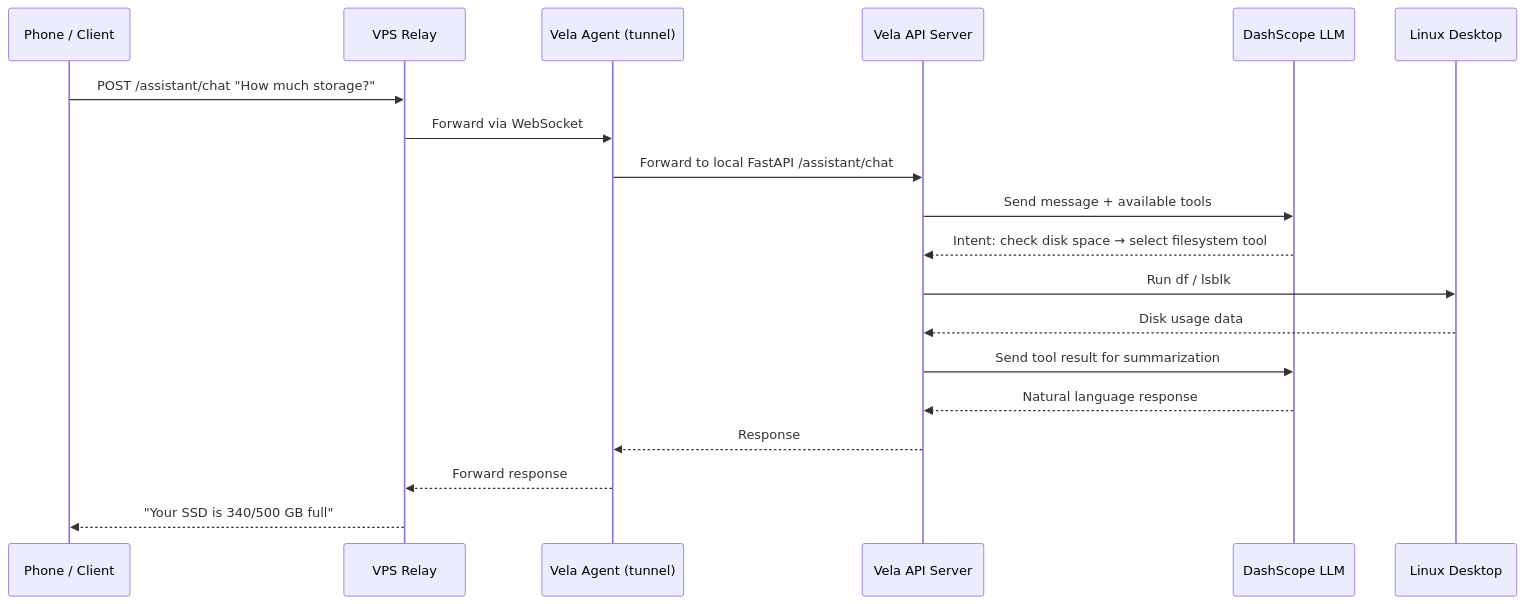
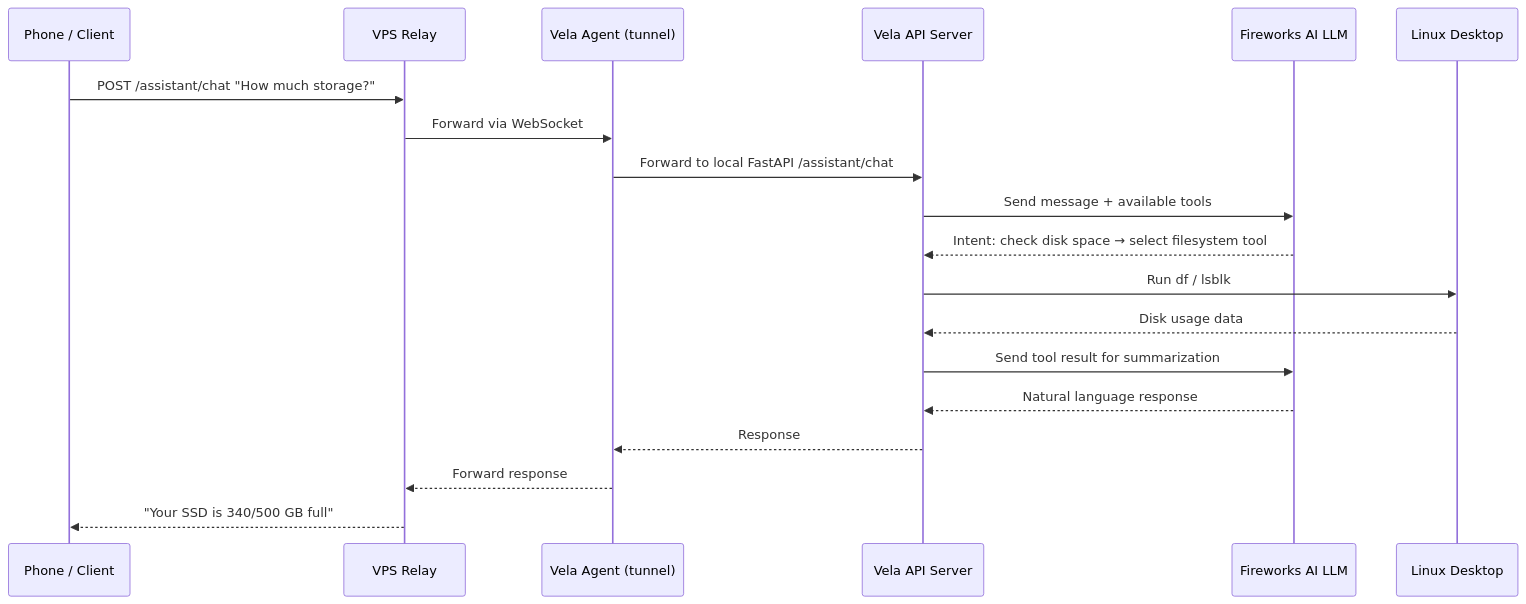
One commit to mikesplore/vela changed the second of 3 diagrams in README.md. Above: the diagram before and after it, drawn with Mermaid. The commit also changed other lines of this file and 5 other files, not shown here.

````diff
--- a/README.md
+++ b/README.md
@@ -45,22 +44,22 @@
 ```mermaid
 sequenceDiagram
     participant Phone as Phone / Client
     participant VPS as VPS Relay
     participant Agent as Vela Agent (tunnel)
     participant API as Vela API Server
-    participant LLM as DashScope LLM
+    participant LLM as Fireworks AI LLM
     participant Desktop as Linux Desktop
 
     Phone->>VPS: POST /assistant/chat "How much storage?"
     VPS->>Agent: Forward via WebSocket
     Agent->>API: Forward to local FastAPI /assistant/chat
     API->>LLM: Send message + available tools
     LLM-->>API: Intent: check disk space → select filesystem tool
     API->>Desktop: Run df / lsblk
     Desktop-->>API: Disk usage data
     API->>LLM: Send tool result for summarization
     LLM-->>API: Natural language response
     API-->>Agent: Response
     Agent-->>VPS: Forward response
     VPS-->>Phone: "Your SSD is 340/500 GB full"
 ```
````
